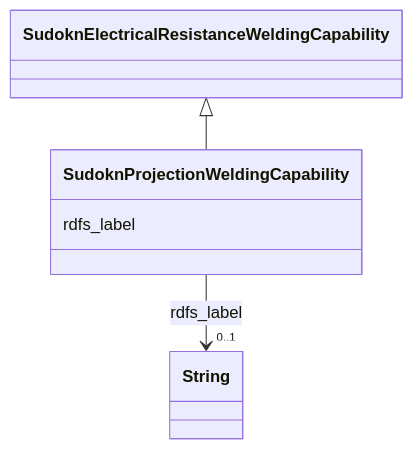
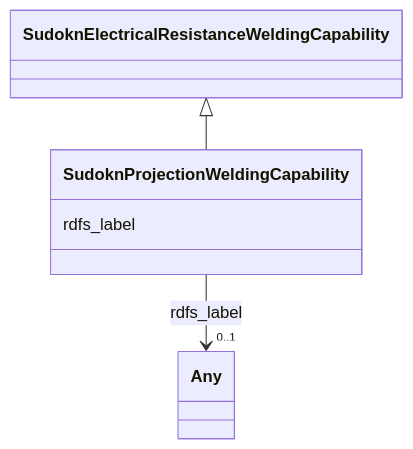
One commit to frink-okn/graph-descriptions changed the diagram in sudokn-kg/classes/SudoknProjectionWeldingCapability.md. Above: the diagram before and after it, drawn with Mermaid. The commit also changed other lines of this file and 903 other files, not shown here.

````diff
--- a/sudokn-kg/classes/SudoknProjectionWeldingCapability.md
+++ b/sudokn-kg/classes/SudoknProjectionWeldingCapability.md
@@ -23,18 +16,18 @@
 ```mermaid
  classDiagram
     class SudoknProjectionWeldingCapability
     click SudoknProjectionWeldingCapability href "../SudoknProjectionWeldingCapability"
       SudoknElectricalResistanceWeldingCapability <|-- SudoknProjectionWeldingCapability
         click SudoknElectricalResistanceWeldingCapability href "../SudoknElectricalResistanceWeldingCapability"
       
       SudoknProjectionWeldingCapability : rdfs_label
         
           
     
     
-    SudoknProjectionWeldingCapability --> "0..1" String : rdfs_label
-    click String href "../String"
+    SudoknProjectionWeldingCapability --> "0..1" Any : rdfs_label
+    click Any href "../Any"
 
         
       
 ```
````
